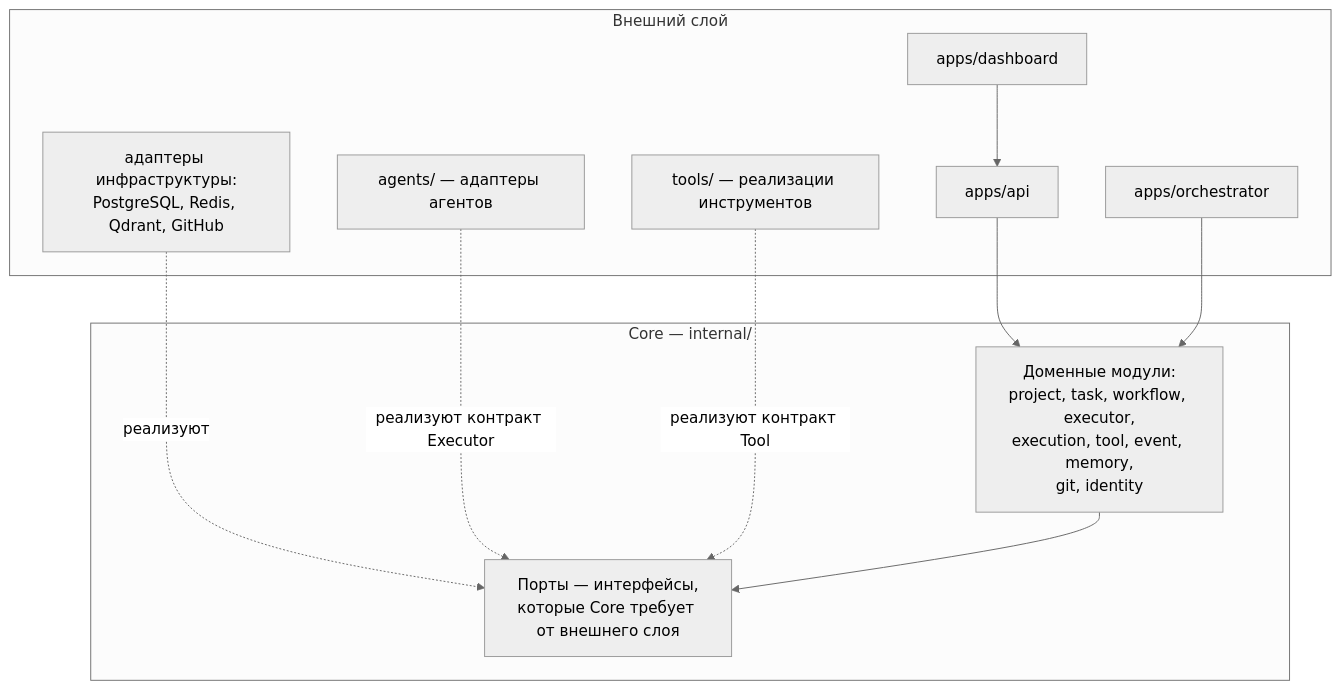
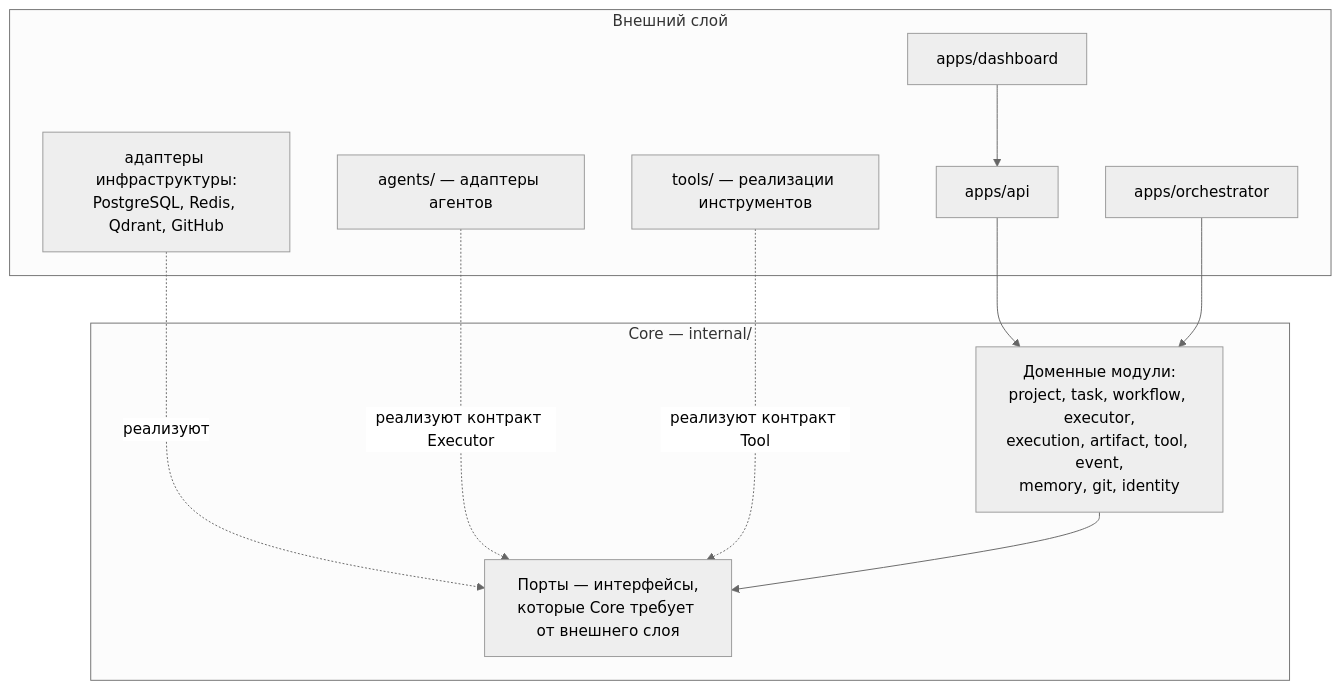
One commit to nikibrdev/ai-studio-os changed the diagram in docs/architecture/core.md. Above: the diagram before and after it, drawn with Mermaid (neutral theme). The commit also changed other lines of this file and 11 other files, not shown here.

First line of the commit message:
docs(domain): принять ADR-016 - Artifact как самостоятельный Aggregate Root (TASK-028) (#28)

````diff
--- a/docs/architecture/core.md
+++ b/docs/architecture/core.md
@@ -13,22 +13,22 @@
 ```mermaid
 flowchart TB
     subgraph OUTER["Внешний слой"]
         DASH["apps/dashboard"]
         APIAPP["apps/api"]
         ORCH["apps/orchestrator"]
         AG["agents/ — адаптеры агентов"]
         TL["tools/ — реализации инструментов"]
         INFRA["адаптеры инфраструктуры:<br/>PostgreSQL, Redis, Qdrant, GitHub"]
     end
     subgraph CORE["Core — internal/"]
-        MODS["Доменные модули:<br/>project, task, workflow, executor,<br/>execution, tool, event, memory,<br/>git, identity"]
+        MODS["Доменные модули:<br/>project, task, workflow, executor,<br/>execution, artifact, tool, event,<br/>memory, git, identity"]
         PORTS["Порты — интерфейсы,<br/>которые Core требует от внешнего слоя"]
     end
     DASH --> APIAPP
     APIAPP --> MODS
     ORCH --> MODS
     INFRA -. реализуют .-> PORTS
     AG -. реализуют контракт Executor .-> PORTS
     TL -. реализуют контракт Tool .-> PORTS
     MODS --> PORTS
 ```
````
